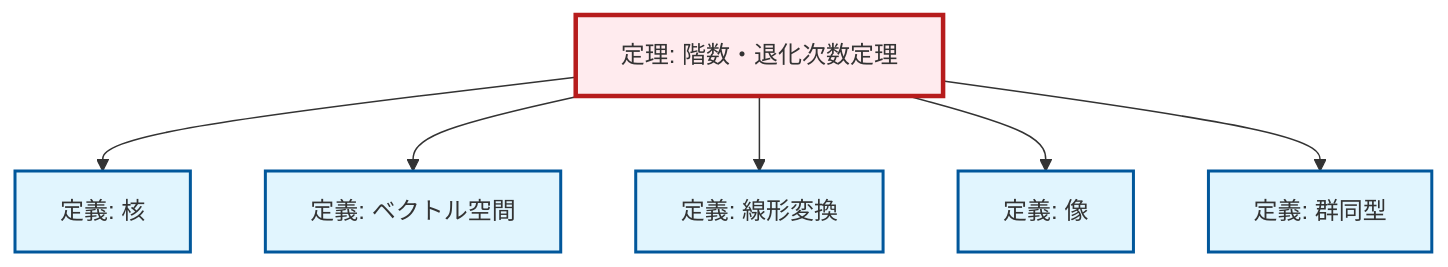
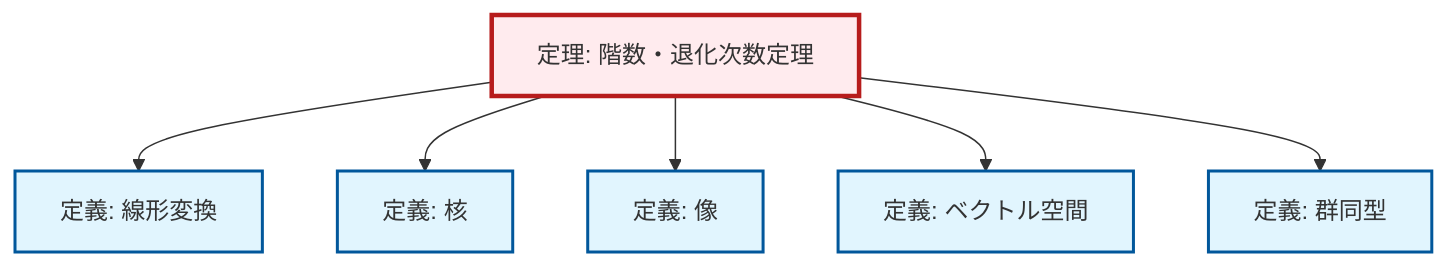
The diagram in content/ja/algebra/thm-rank-nullity.qmd (RK0429/ModernMath), drawn with Mermaid before and after one commit. The commit also changed 672 other files, not shown here.

````diff
--- a/content/ja/algebra/thm-rank-nullity.qmd
+++ b/content/ja/algebra/thm-rank-nullity.qmd
@@ -57,26 +57,26 @@
 ```{mermaid}
-%%| fig-cap: "Local dependency graph"
+%%| fig-cap: "ローカル依存関係グラフ"
 graph TD
     classDef definition fill:#e1f5fe,stroke:#01579b,stroke-width:2px
     classDef theorem fill:#f3e5f5,stroke:#4a148c,stroke-width:2px
     classDef axiom fill:#fff3e0,stroke:#e65100,stroke-width:2px
     classDef example fill:#e8f5e9,stroke:#1b5e20,stroke-width:2px
     classDef current fill:#ffebee,stroke:#b71c1c,stroke-width:3px
+    thm-rank-nullity["定理: 階数・退化次数定理"]:::theorem
+    def-isomorphism["定義: 群同型"]:::definition
+    def-linear-transformation["定義: 線形変換"]:::definition
     def-kernel["定義: 核"]:::definition
     def-vector-space["定義: ベクトル空間"]:::definition
-    def-isomorphism["定義: 群同型"]:::definition
-    def-linear-transformation["定義: 線形変換"]:::definition
-    thm-rank-nullity["定理: 階数・退化次数定理"]:::theorem
     def-image["定義: 像"]:::definition
+    thm-rank-nullity --> def-linear-transformation
     thm-rank-nullity --> def-kernel
+    thm-rank-nullity --> def-image
     thm-rank-nullity --> def-vector-space
-    thm-rank-nullity --> def-linear-transformation
-    thm-rank-nullity --> def-image
     thm-rank-nullity --> def-isomorphism
     class thm-rank-nullity current
+    click def-isomorphism "def-isomorphism.html" "群同型の定義へ"
+    click def-linear-transformation "def-linear-transformation.html" "線形変換の定義へ"
     click def-kernel "def-kernel.html" "核の定義へ"
     click def-vector-space "def-vector-space.html" "ベクトル空間の定義へ"
-    click def-isomorphism "def-isomorphism.html" "群同型の定義へ"
-    click def-linear-transformation "def-linear-transformation.html" "線形変換の定義へ"
     click def-image "def-image.html" "像の定義へ"
 ```
````
